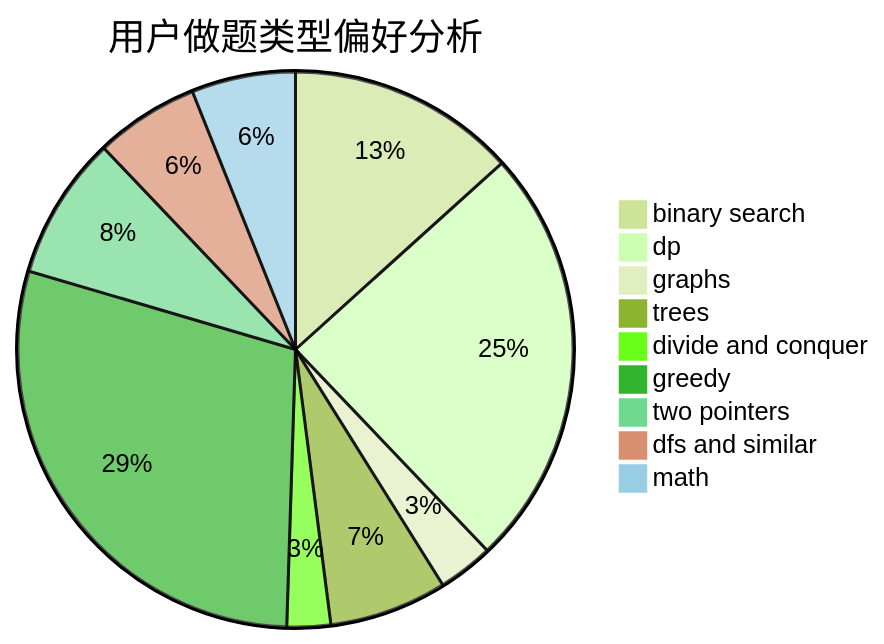
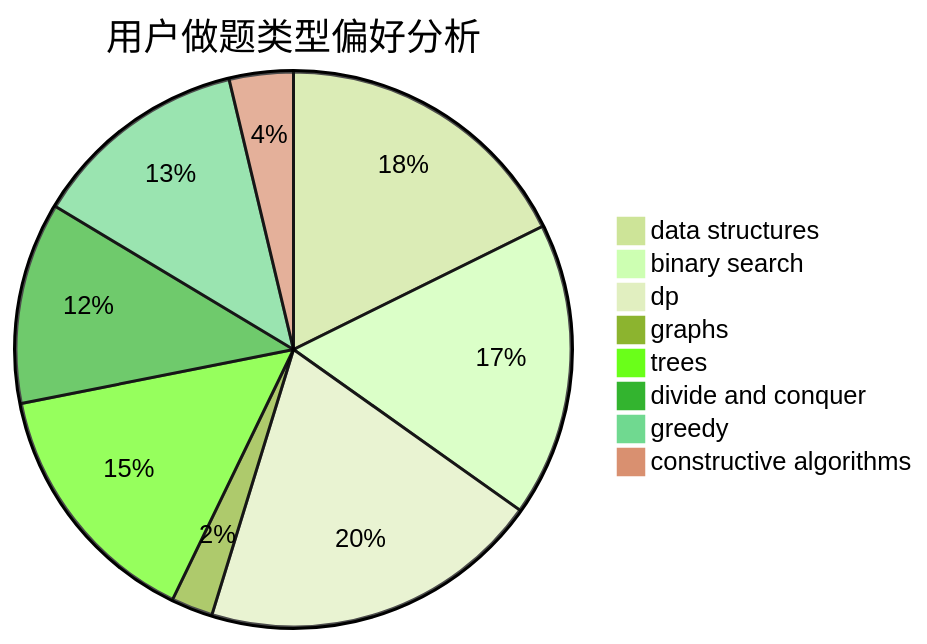
The second of 3 diagrams in docs/user/u103.md (sherpahu/cfrs.github.io), drawn with Mermaid (forest theme) before and after one commit. The commit also changed other lines of this file and 2775 other files, not shown here.

````diff
--- a/docs/user/u103.md
+++ b/docs/user/u103.md
@@ -23,12 +23,11 @@
 ```mermaid
 pie title 用户做题类型偏好分析
-    "binary search" :  330
-    "dp" :  609
-    "graphs" :  80
-    "trees" :  170
+    "data structures" :  95
+    "binary search" :  92
+    "dp" :  107
+    "graphs" :  13
+    "trees" :  79
     "divide and conquer" :  63
-    "greedy" :  720
-    "two pointers" :  207
-    "dfs and similar" :  150
-    "math" :  150
+    "greedy" :  68
+    "constructive algorithms" :  20
 ```
````
